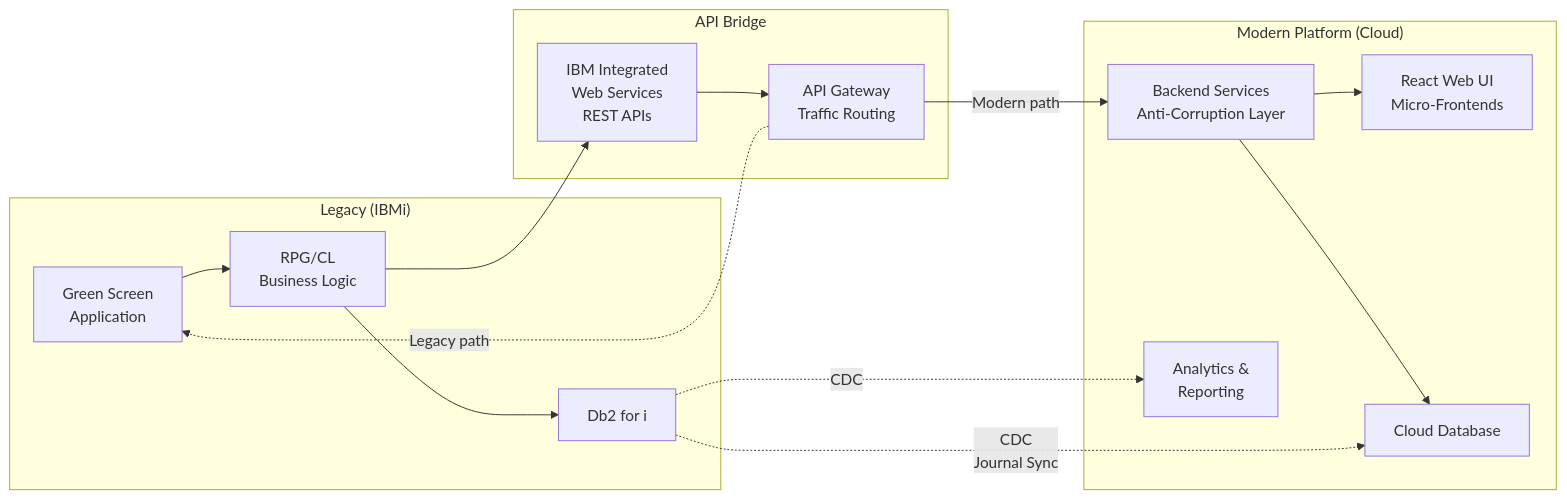
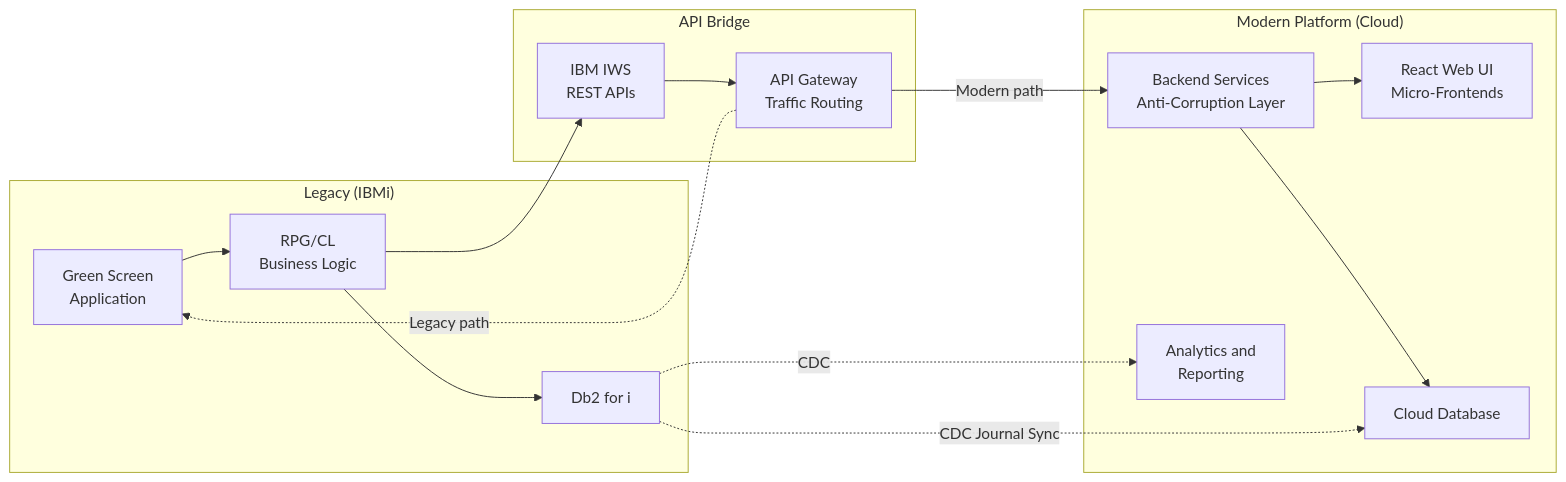
Before and after one commit to Modular-Earth-LLC/solutions-architecture-agent: the first of 2 diagrams in outputs/cvs-legacy-transformation/solution-architecture-presentation.md, drawn with Mermaid. The commit also changed other lines of this file and 5 other files, not shown here.

First line of the commit message:
fix(diagrams): apply Mermaid quality rules across all diagrams and generation code

````diff
--- a/outputs/cvs-legacy-transformation/solution-architecture-presentation.md
+++ b/outputs/cvs-legacy-transformation/solution-architecture-presentation.md
@@ -59,28 +59,28 @@
 ```mermaid
 flowchart LR
     subgraph "Legacy (IBMi)"
-        A[Green Screen<br/>Application] --> B[RPG/CL<br/>Business Logic]
-        B --> C[Db2 for i]
+        A["Green Screen<br/>Application"] --> B["RPG/CL<br/>Business Logic"]
+        B --> C["Db2 for i"]
     end
 
     subgraph "API Bridge"
-        D[IBM Integrated<br/>Web Services<br/>REST APIs]
-        E[API Gateway<br/>Traffic Routing]
+        D["IBM IWS<br/>REST APIs"]
+        E["API Gateway<br/>Traffic Routing"]
     end
 
     subgraph "Modern Platform (Cloud)"
-        F[React Web UI<br/>Micro-Frontends]
-        G[Backend Services<br/>Anti-Corruption Layer]
-        H[Cloud Database]
-        I[Analytics &<br/>Reporting]
+        F["React Web UI<br/>Micro-Frontends"]
+        G["Backend Services<br/>Anti-Corruption Layer"]
+        H["Cloud Database"]
+        I["Analytics and<br/>Reporting"]
     end
 
     B --> D
     D --> E
-    E -->|Modern path| G
-    E -.->|Legacy path| A
+    E -->|"Modern path"| G
+    E -.->|"Legacy path"| A
     G --> F
     G --> H
-    C -.->|CDC<br/>Journal Sync| H
-    C -.->|CDC| I
+    C -.->|"CDC Journal Sync"| H
+    C -.->|"CDC"| I
 ```
````
